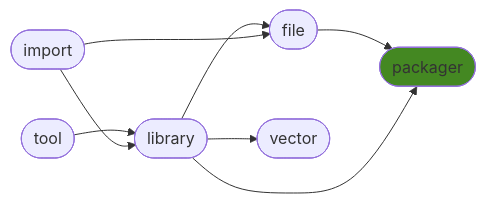
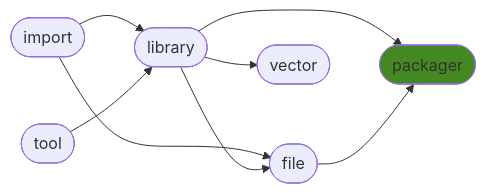
One commit to ManderaGeneral/generalpackager changed the diagram in README.md. Above: the diagram before and after it, drawn with Mermaid. The commit also changed other lines of this file, not shown here.

````diff
--- a/README.md
+++ b/README.md
@@ -24,17 +24,17 @@
 ```mermaid
 flowchart LR
-3([file]) --> 5([packager])
-2([library]) --> 3([file])
-1([tool]) --> 2([library])
 2([library]) --> 5([packager])
+0([import]) --> 3([file])
 2([library]) --> 4([vector])
 0([import]) --> 2([library])
-0([import]) --> 3([file])
+1([tool]) --> 2([library])
+2([library]) --> 3([file])
+3([file]) --> 5([packager])
 click 0 "https://github.com/ManderaGeneral/generalimport"
 click 1 "https://github.com/ManderaGeneral/generaltool"
 click 2 "https://github.com/ManderaGeneral/generallibrary"
 click 3 "https://github.com/ManderaGeneral/generalfile"
 click 4 "https://github.com/ManderaGeneral/generalvector"
 click 5 "https://github.com/ManderaGeneral/generalpackager"
 style 5 fill:#482
 ```
````
